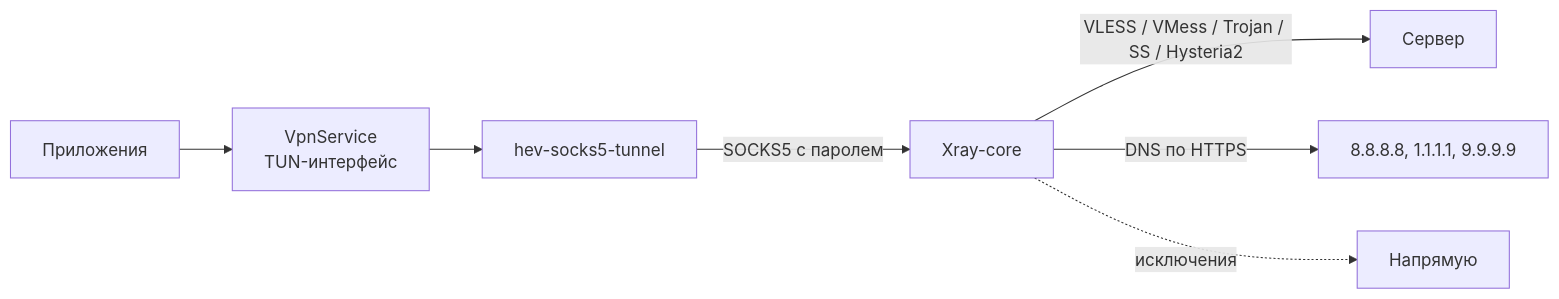
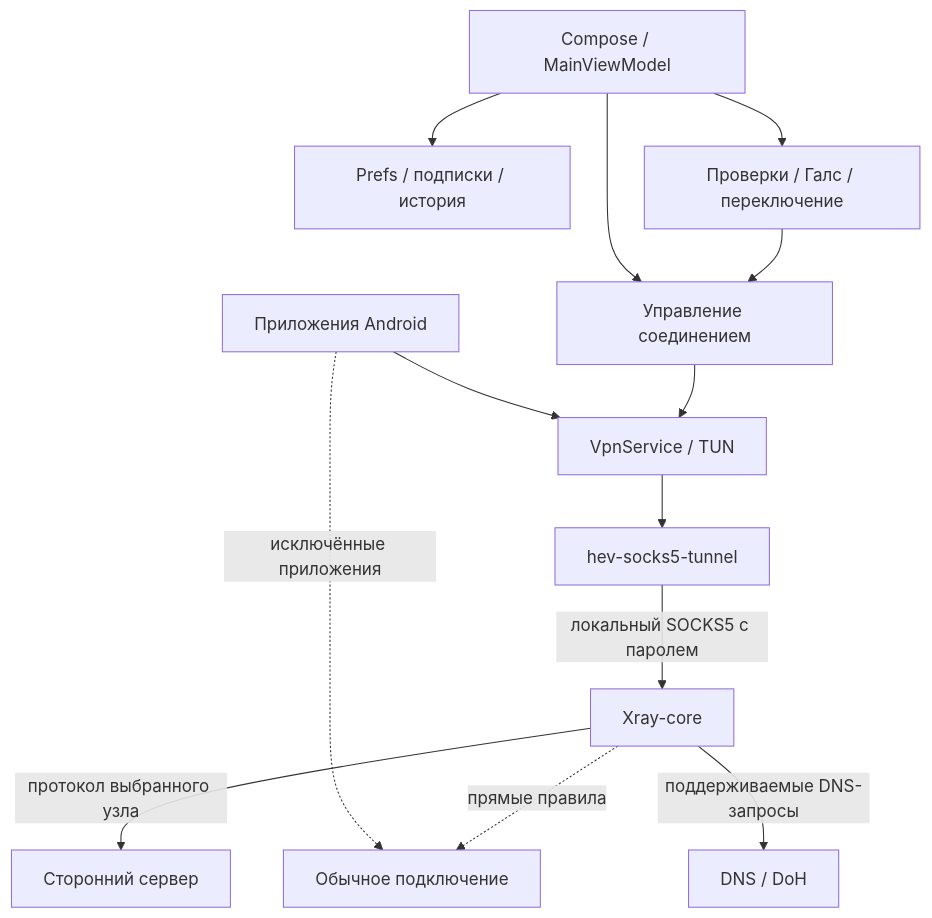
The diagram in README.md (farvater-app/farvater), drawn with Mermaid before and after one commit. The commit also changed other lines of this file and 25 other files, not shown here.

````diff
--- a/README.md
+++ b/README.md
@@ -674,9 +597,15 @@
 ```mermaid
-flowchart LR
-    apps["Приложения"] --> tun["VpnService<br/>TUN-интерфейс"]
-    tun --> hev["hev-socks5-tunnel"]
-    hev -- "SOCKS5 с паролем" --> xray["Xray-core"]
-    xray -- "VLESS / VMess / Trojan / SS / Hysteria2" --> server["Сервер"]
-    xray -- "DNS по HTTPS" --> doh["8.8.8.8, 1.1.1.1, 9.9.9.9"]
-    xray -. "исключения" .-> direct["Напрямую"]
+flowchart TB
+    apps["Приложения Android"] --> vpn["VpnService / TUN"]
+    apps -. "исключённые приложения" .-> direct["Обычное подключение"]
+    vpn --> hev["hev-socks5-tunnel"]
+    hev -->|"локальный SOCKS5 с паролем"| xray["Xray-core"]
+    xray -->|"протокол выбранного узла"| node["Сторонний сервер"]
+    xray -. "прямые правила" .-> direct
+    xray -->|"поддерживаемые DNS-запросы"| dns["DNS / DoH"]
+    ui["Compose / MainViewModel"] --> service["Управление соединением"]
+    service --> vpn
+    ui --> data["Prefs / подписки / история"]
+    ui --> checks["Проверки / Галс / переключение"]
+    checks --> service
 ```
````
